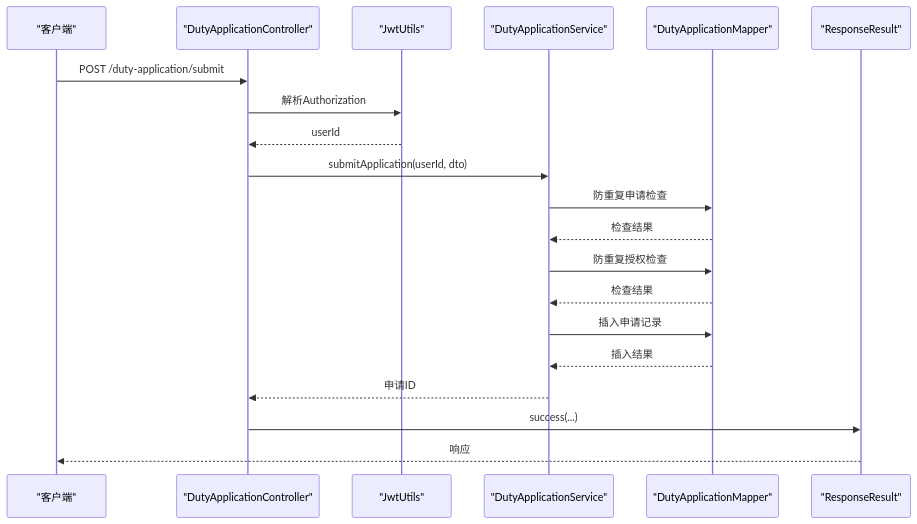
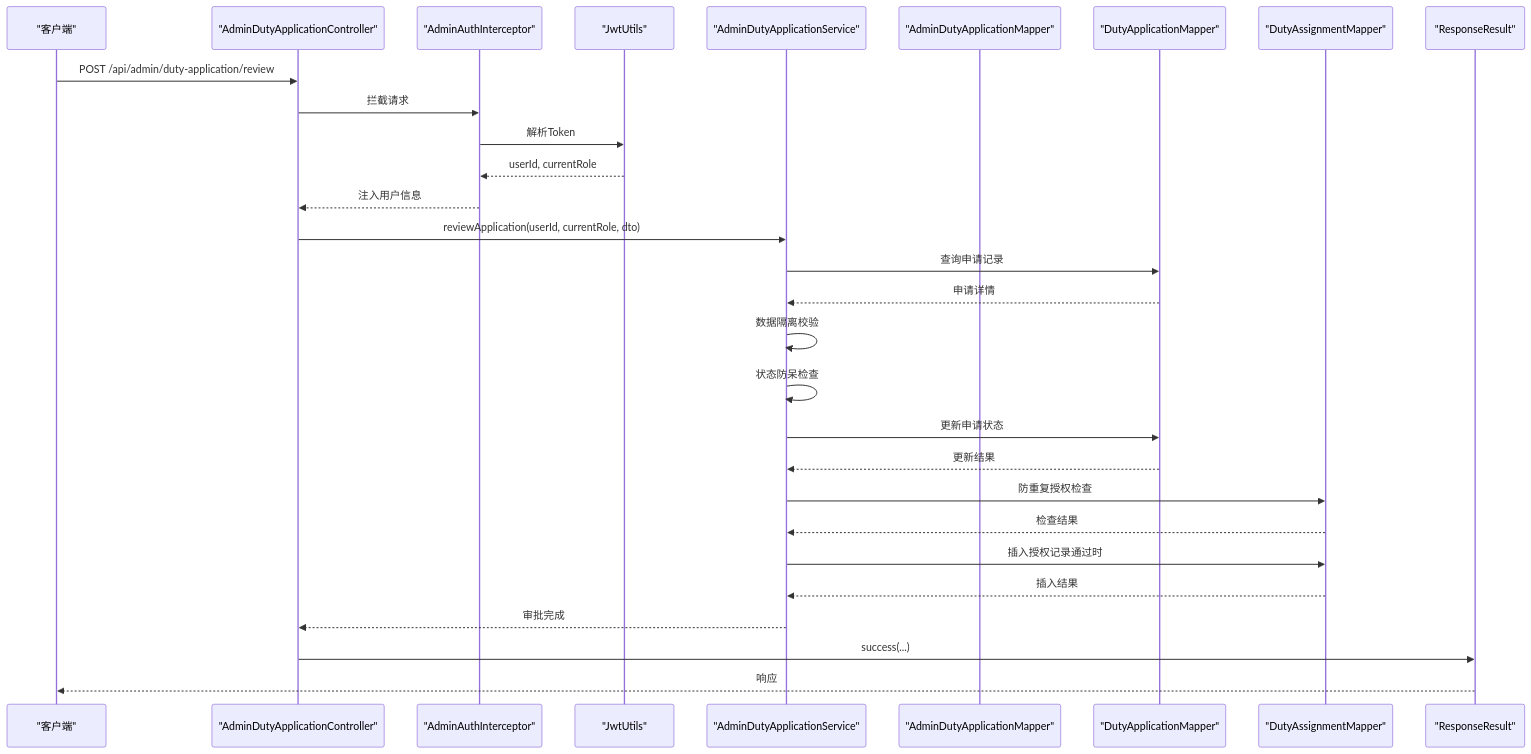
The second of 4 diagrams in .qoder/repowiki/zh/content/API接口文档/志愿者管理接口.md (gaozihaowin/-), drawn with Mermaid before and after one commit. The commit also changed other lines of this file and 9 other files, not shown here.

````diff
--- a/.qoder/repowiki/zh/content/API接口文档/志愿者管理接口.md
+++ b/.qoder/repowiki/zh/content/API接口文档/志愿者管理接口.md
@@ -181,22 +202,31 @@
 ```mermaid
 sequenceDiagram
 participant C as "客户端"
-participant DAC as "DutyApplicationController"
+participant ADC as "AdminDutyApplicationController"
+participant AI as "AdminAuthInterceptor"
 participant JWT as "JwtUtils"
-participant S as "DutyApplicationService"
-participant M as "DutyApplicationMapper"
+participant S as "AdminDutyApplicationService"
+participant M as "AdminDutyApplicationMapper"
+participant DM as "DutyApplicationMapper"
+participant DMM as "DutyAssignmentMapper"
 participant R as "ResponseResult"
-C->>DAC : POST /duty-application/submit
-DAC->>JWT : 解析Authorization
-JWT-->>DAC : userId
-DAC->>S : submitApplication(userId, dto)
-S->>M : 防重复申请检查
-M-->>S : 检查结果
-S->>M : 防重复授权检查
-M-->>S : 检查结果
-S->>M : 插入申请记录
-M-->>S : 插入结果
-S-->>DAC : 申请ID
-DAC->>R : success(...)
+C->>ADC : POST /api/admin/duty-application/review
+ADC->>AI : 拦截请求
+AI->>JWT : 解析Token
+JWT-->>AI : userId, currentRole
+AI-->>ADC : 注入用户信息
+ADC->>S : reviewApplication(userId, currentRole, dto)
+S->>DM : 查询申请记录
+DM-->>S : 申请详情
+S->>S : 数据隔离校验
+S->>S : 状态防呆检查
+S->>DM : 更新申请状态
+DM-->>S : 更新结果
+S->>DMM : 防重复授权检查
+DMM-->>S : 检查结果
+S->>DMM : 插入授权记录通过时
+DMM-->>S : 插入结果
+S-->>ADC : 审批完成
+ADC->>R : success(...)
 R-->>C : 响应
 ```
````
